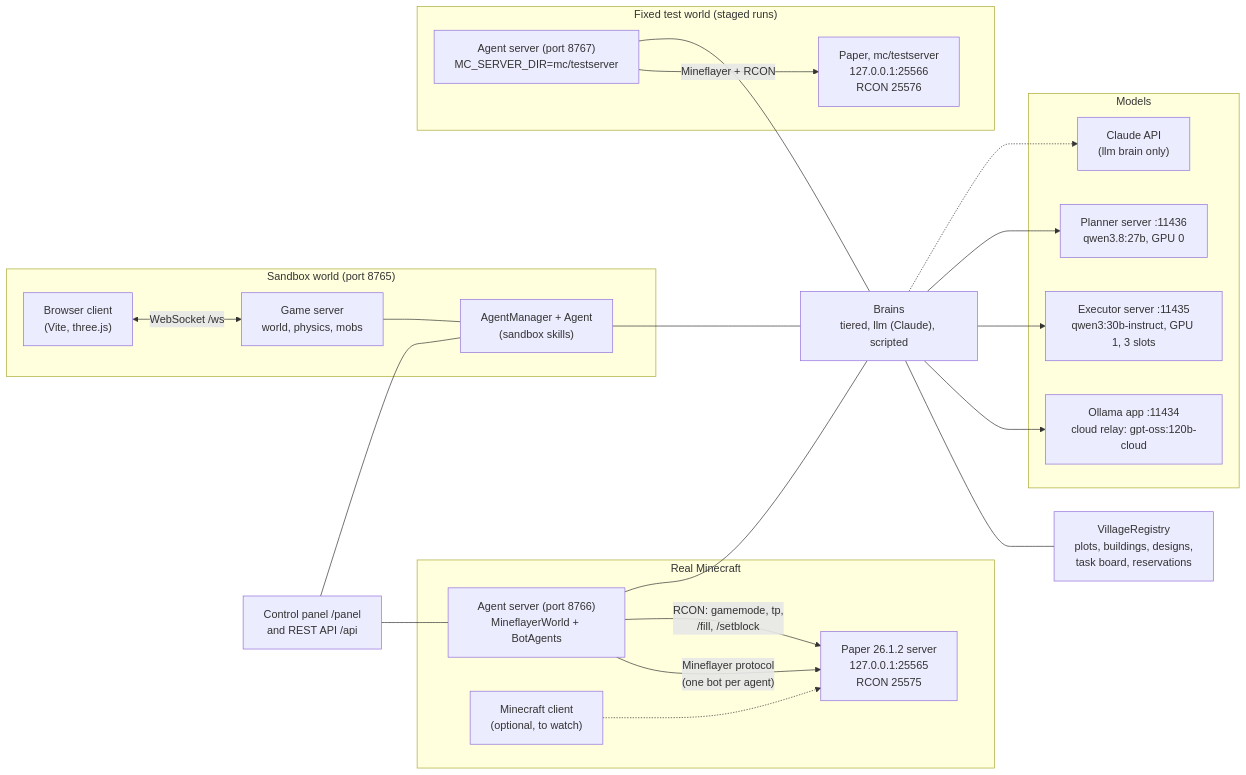
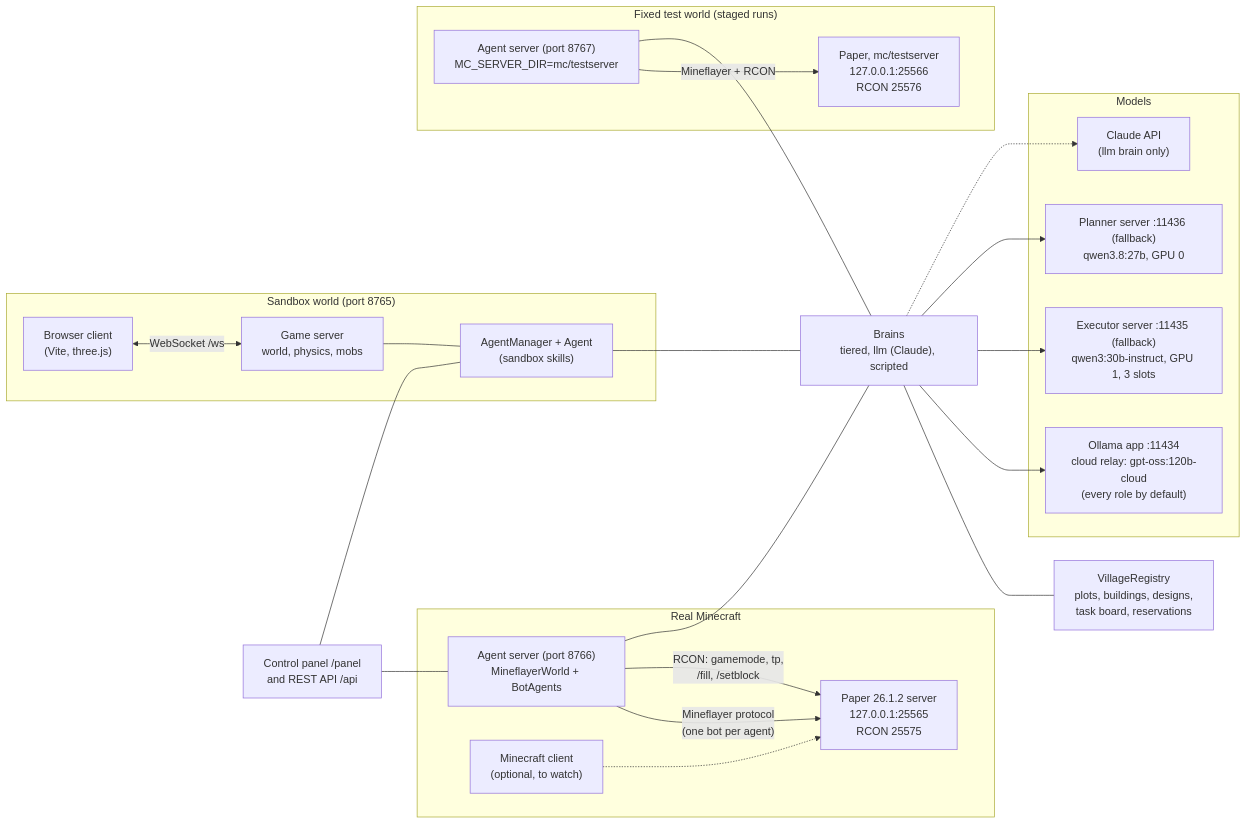
The first of 17 diagrams in docs/ARCHITECTURE.md (delphium226/MCAISandbox), drawn with Mermaid before and after one commit. The commit also changed other lines of this file and 17 other files, not shown here.

First line of the commit message:
Phase A planned; A.0: gpt-oss for every role, reasoning levels, token ledger and budget

````diff
--- a/docs/ARCHITECTURE.md
+++ b/docs/ARCHITECTURE.md
@@ -14,47 +14,47 @@
 ```mermaid
 flowchart LR
   subgraph Sandbox["Sandbox world (port 8765)"]
     client["Browser client<br/>(Vite, three.js)"]
     game["Game server<br/>world, physics, mobs"]
     am["AgentManager + Agent<br/>(sandbox skills)"]
     client <-- "WebSocket /ws" --> game
     game --- am
   end
 
   subgraph MC["Real Minecraft"]
     paper["Paper 26.1.2 server<br/>127.0.0.1:25565<br/>RCON 25575"]
     mcagents["Agent server (port 8766)<br/>MineflayerWorld + BotAgents"]
     mcclient["Minecraft client<br/>(optional, to watch)"]
     mcagents -- "Mineflayer protocol<br/>(one bot per agent)" --> paper
     mcagents -- "RCON: gamemode, tp,<br/>/fill, /setblock" --> paper
     mcclient -.-> paper
   end
 
   subgraph Test["Fixed test world (staged runs)"]
     testpaper["Paper, mc/testserver<br/>127.0.0.1:25566<br/>RCON 25576"]
     testagents["Agent server (port 8767)<br/>MC_SERVER_DIR=mc/testserver"]
     testagents -- "Mineflayer + RCON" --> testpaper
   end
 
   brains["Brains<br/>tiered, llm (Claude), scripted"]
   village["VillageRegistry<br/>plots, buildings, designs,<br/>task board, reservations"]
   panel["Control panel /panel<br/>and REST API /api"]
 
   am --- brains
   mcagents --- brains
   testagents --- brains
   brains --- village
   panel --- am
   panel --- mcagents
 
   subgraph Models["Models"]
-    app["Ollama app :11434<br/>cloud relay: gpt-oss:120b-cloud"]
-    exec["Executor server :11435<br/>qwen3:30b-instruct, GPU 1, 3 slots"]
-    plan["Planner server :11436<br/>qwen3.8:27b, GPU 0"]
+    app["Ollama app :11434<br/>cloud relay: gpt-oss:120b-cloud<br/>(every role by default)"]
+    exec["Executor server :11435 (fallback)<br/>qwen3:30b-instruct, GPU 1, 3 slots"]
+    plan["Planner server :11436 (fallback)<br/>qwen3.8:27b, GPU 0"]
     claude["Claude API<br/>(llm brain only)"]
   end
   brains --> app
   brains --> exec
   brains --> plan
   brains -.-> claude
 ```
````
